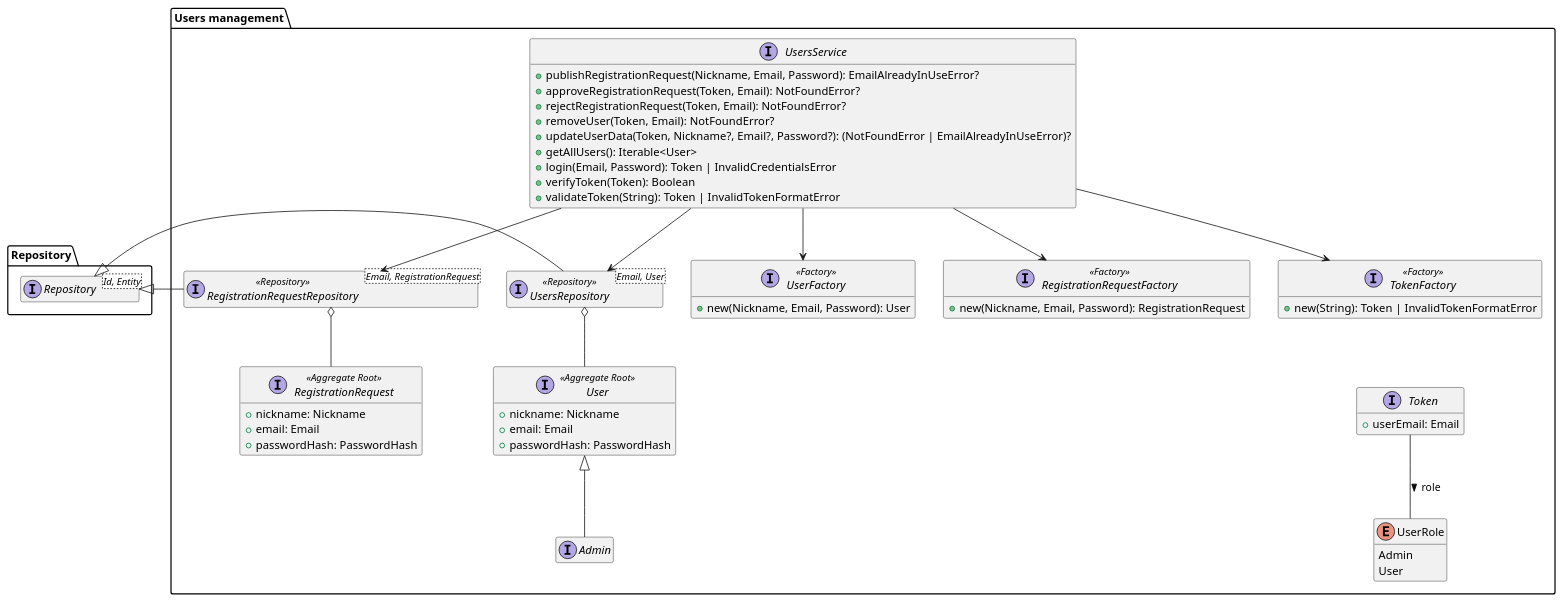
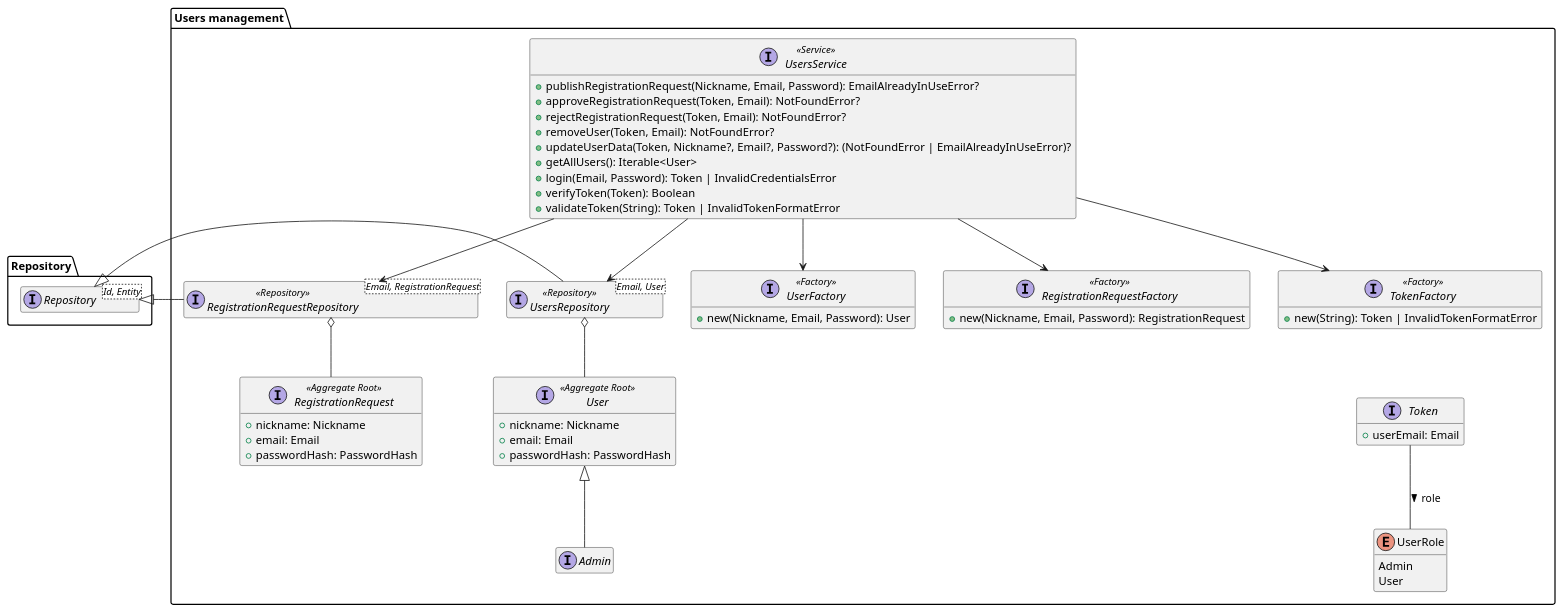
Before and after one commit to DomoticASW/.github: the diagram in diagrams/src/users-management-domain-model.puml, drawn with PlantUML. The commit also changed 3 other files, not shown here.

Commit message:
add uml ddd stereotypes

```diff
--- a/diagrams/src/users-management-domain-model.puml
+++ b/diagrams/src/users-management-domain-model.puml
@@ -1,70 +1,70 @@
 @startuml users-management-domain-model
 
 hide empty members
 package Repository{
     interface Repository<Id, Entity>
 }
 
 package "Users management" as Users {
     interface User <<Aggregate Root>> {
         + nickname: Nickname
         + email: Email
         + passwordHash: PasswordHash
     }
     interface Admin extends User
 
     interface RegistrationRequest <<Aggregate Root>> {
         + nickname: Nickname
         + email: Email
         + passwordHash: PasswordHash
     }
 
     interface Token {
         + userEmail: Email
     }
     enum UserRole {
         Admin
         User
     }
     Token -- UserRole : "role >"
 
-    interface UsersService {
+    interface UsersService <<Service>> {
         + publishRegistrationRequest(Nickname, Email, Password): EmailAlreadyInUseError?
         + approveRegistrationRequest(Token, Email): NotFoundError?
         + rejectRegistrationRequest(Token, Email): NotFoundError?
         + removeUser(Token, Email): NotFoundError?
         + updateUserData(Token, Nickname?, Email?, Password?): (NotFoundError | EmailAlreadyInUseError)?
         + getAllUsers(): Iterable<User>
         + login(Email, Password): Token | InvalidCredentialsError
         + verifyToken(Token): Boolean
         + validateToken(String): Token | InvalidTokenFormatError
     }
 
 
     interface RegistrationRequestRepository<Email, RegistrationRequest> <<Repository>>
     RegistrationRequestRepository -l-|> Repository.Repository
     RegistrationRequestRepository o-- RegistrationRequest
     interface UsersRepository<Email, User> <<Repository>>
     UsersRepository -l-|> Repository.Repository
     UsersRepository o-- User
     
     UsersService --> UsersRepository
     UsersService --> RegistrationRequestRepository
 
 
     interface UserFactory <<Factory>> {
         + new(Nickname, Email, Password): User
     }
     interface RegistrationRequestFactory <<Factory>> {
         + new(Nickname, Email, Password): RegistrationRequest
     }
     interface TokenFactory <<Factory>> {
         + new(String): Token | InvalidTokenFormatError
     }
     TokenFactory -[hidden]-> Token
     UsersService --> UserFactory
     UsersService --> RegistrationRequestFactory
     UsersService --> TokenFactory
 }
 
 @enduml
```
